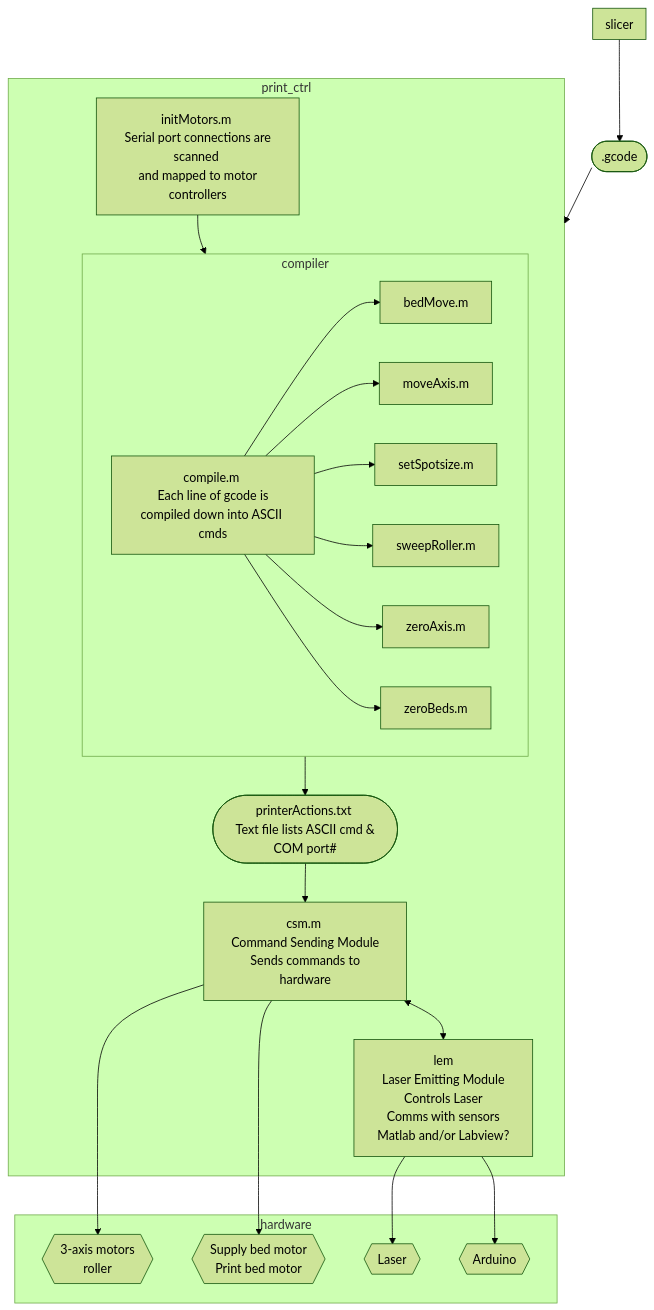
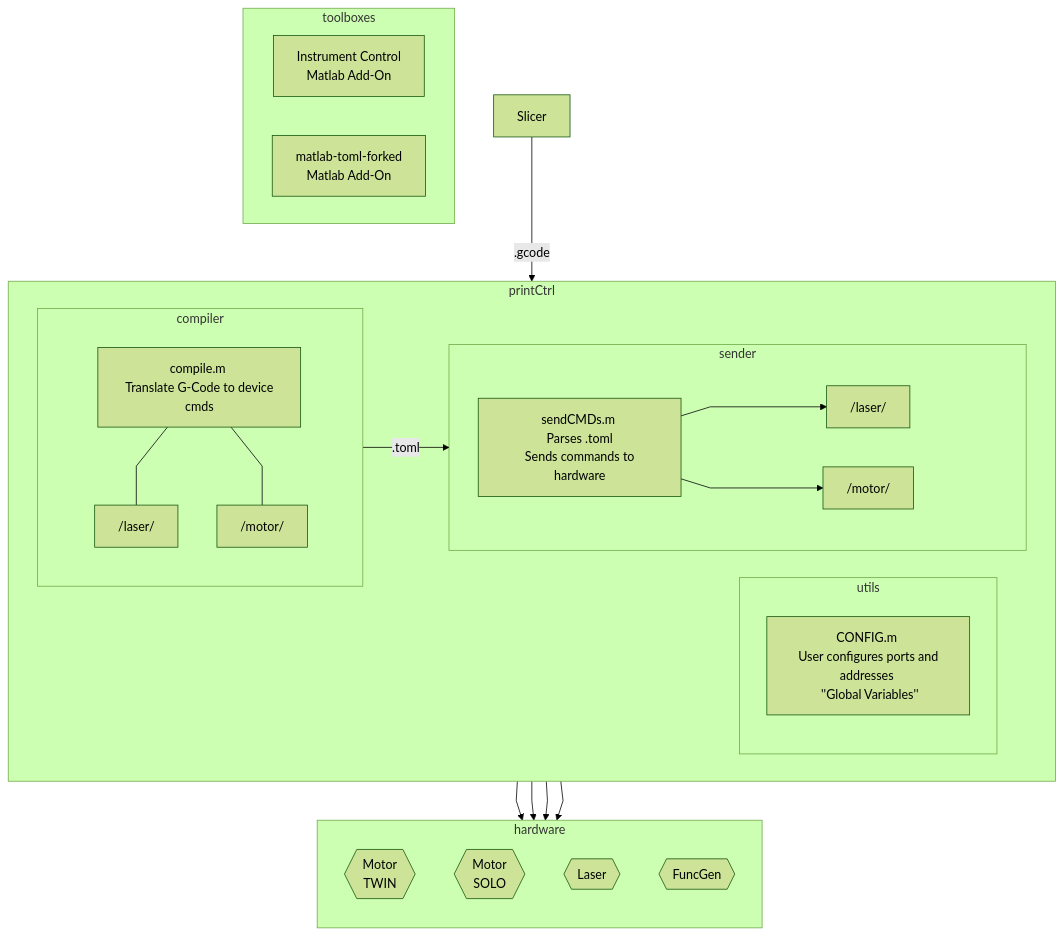
The fourth of 4 diagrams in docs/newSoftwareFlow.md (Aaron638/cpre491-senior-proj), drawn with Mermaid (forest theme) before and after one commit. The commit also changed 26 other files, not shown here.

````diff
--- a/docs/newSoftwareFlow.md
+++ b/docs/newSoftwareFlow.md
@@ -116,48 +116,50 @@
 ```mermaid
+
 flowchart TB
+    linkStyle default interpolate linear
+    slicer["Slicer"];
 
-    id1([.gcode]);
-    
-    
-    subgraph slicer
+    subgraph printCtrl
+        direction LR
 
+        
+        subgraph compiler
+            c["compile.m \n Translate G-Code to device cmds"];
+            cm["/motor/ \n"];
+            cl["/laser/ \n"];
+
+            c --- cl & cm;
+        end
+
+        subgraph utils     
+            cfg["CONFIG.m \n User configures ports and addresses \n ''Global Variables''"];
+        end
+
+        subgraph sender
+            s["sendCMDs.m \n Parses .toml \n Sends commands to hardware"];
+            sm["/motor/ \n"];
+            sl["/laser/ \n"];
+
+            s --> sl & sm;
+        end
     end
 
-    subgraph print_ctrl
+    slicer --.gcode--> compiler;
+    compiler --.toml--> sender;
 
-        pc1["initMotors.m \n Serial port connections are scanned \n and mapped to motor controllers"];
-
-        subgraph compiler
-            pc2["compile.m \n Each line of gcode is compiled down into ASCII cmds"];
-            pc2 --> bedMove.m;
-            pc2 --> moveAxis.m;
-            pc2 --> setSpotsize.m;
-            pc2 --> sweepRoller.m;
-            pc2 --> zeroAxis.m;
-            pc2 --> zeroBeds.m;
-        end
-
-        pc3(["printerActions.txt \n Text file lists ASCII cmd & COM port#"]);
-
-        pc4["csm.m \n Command Sending Module \n Sends commands to hardware"];
-        pc5["lem \n Laser Emitting Module \n Controls Laser \n Comms with sensors \n Matlab and/or Labview?"];
-        pc4 <--> pc5;
-
-        pc1 --> compiler --> pc3 --> pc4;
-
+    subgraph hardware
+        direction TB
+        hw1{{"Motor \n TWIN"}};
+        hw2{{"Motor \n SOLO"}};
+        hw3{{"Laser"}};
+        hw4{{"FuncGen"}};
     end
 
-    subgraph hardware
-        hw1{{"3-axis motors \n roller"}};
-        hw2{{"Supply bed motor \n Print bed motor"}};
-        hw3{{"Laser"}};
-        hw4{{"Arduino"}};
+    sl --> hw3 & hw4;
+    sm --> hw1 & hw2;
+
+    subgraph toolboxes
+        pc3["Instrument Control \n Matlab Add-On"];
+        pc2["matlab-toml-forked \n Matlab Add-On"];
     end
-
-    slicer --> id1 --> print_ctrl;
-    pc4 --> hw1;
-    pc4 --> hw2;
-    pc5 --> hw3;
-    pc5 --> hw4;
-    
-```
+``` 
````
